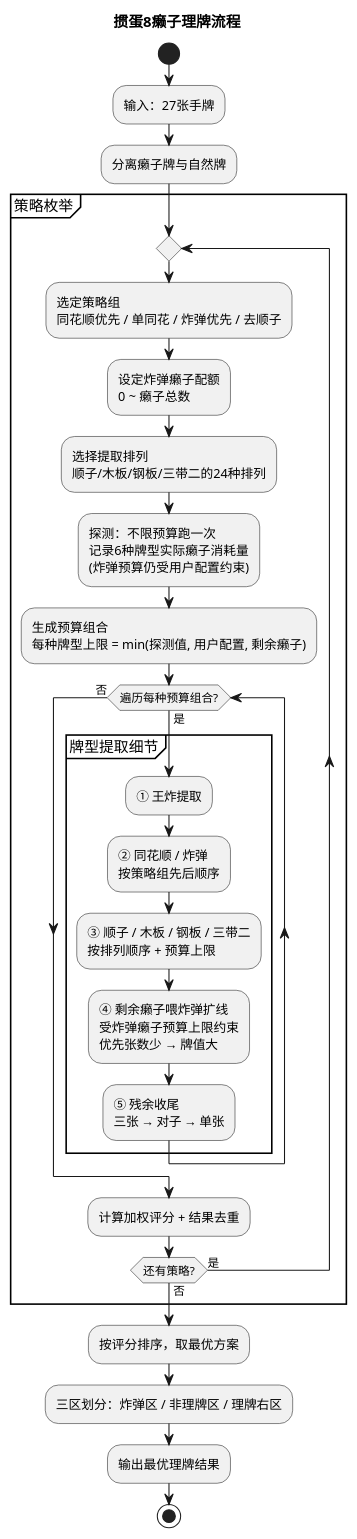
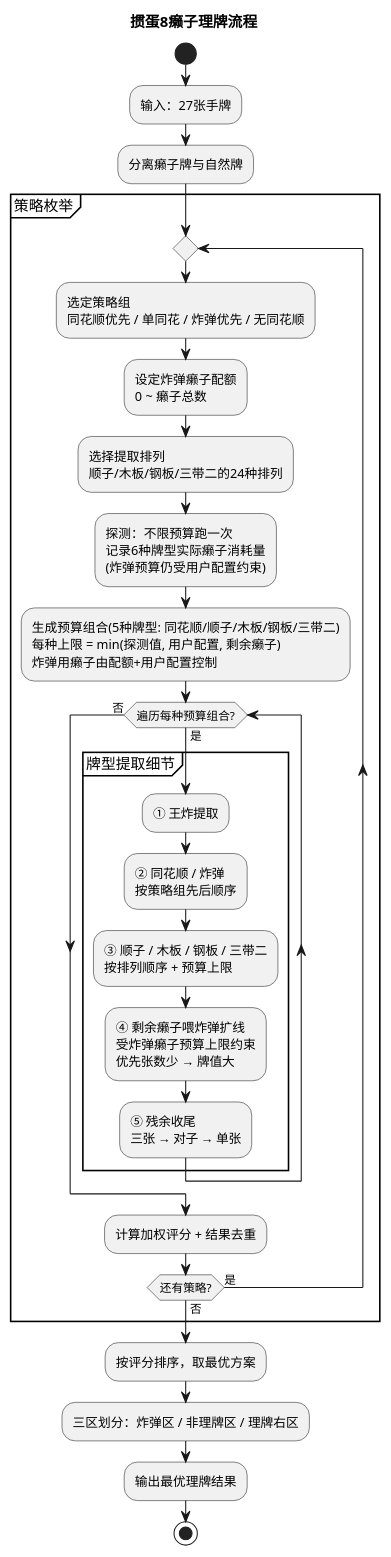
One commit to zhengshuai021-rgb/guandan8laizi changed the diagram in flow.puml. Above: the diagram before and after it, drawn with PlantUML. The commit also changed 4 other files, not shown here.

```diff
--- a/flow.puml
+++ b/flow.puml
@@ -1,32 +1,32 @@
 @startuml
 title 掼蛋8癞子理牌流程
 
 start
 :输入：27张手牌;
 :分离癞子牌与自然牌;
 
 partition "策略枚举" {
   repeat
-    :选定策略组\n同花顺优先 / 单同花 / 炸弹优先 / 去顺子;
+    :选定策略组\n同花顺优先 / 单同花 / 炸弹优先 / 无同花顺;
     :设定炸弹癞子配额\n0 ~ 癞子总数;
     :选择提取排列\n顺子/木板/钢板/三带二的24种排列;
     :探测：不限预算跑一次\n记录6种牌型实际癞子消耗量\n(炸弹预算仍受用户配置约束);
-    :生成预算组合\n每种牌型上限 = min(探测值, 用户配置, 剩余癞子);
+    :生成预算组合(5种牌型: 同花顺/顺子/木板/钢板/三带二)\n每种上限 = min(探测值, 用户配置, 剩余癞子)\n炸弹用癞子由配额+用户配置控制;
     while (遍历每种预算组合?) is (是)
       partition "牌型提取细节" {
         :① 王炸提取;
         :② 同花顺 / 炸弹\n按策略组先后顺序;
         :③ 顺子 / 木板 / 钢板 / 三带二\n按排列顺序 + 预算上限;
         :④ 剩余癞子喂炸弹扩线\n受炸弹癞子预算上限约束\n优先张数少 → 牌值大;
         :⑤ 残余收尾\n三张 → 对子 → 单张;
       }
     endwhile (否)
     :计算加权评分 + 结果去重;
   repeat while (还有策略?) is (是) not (否)
 }
 
 :按评分排序，取最优方案;
 :三区划分：炸弹区 / 非理牌区 / 理牌右区;
 :输出最优理牌结果;
 stop
 @enduml
```
